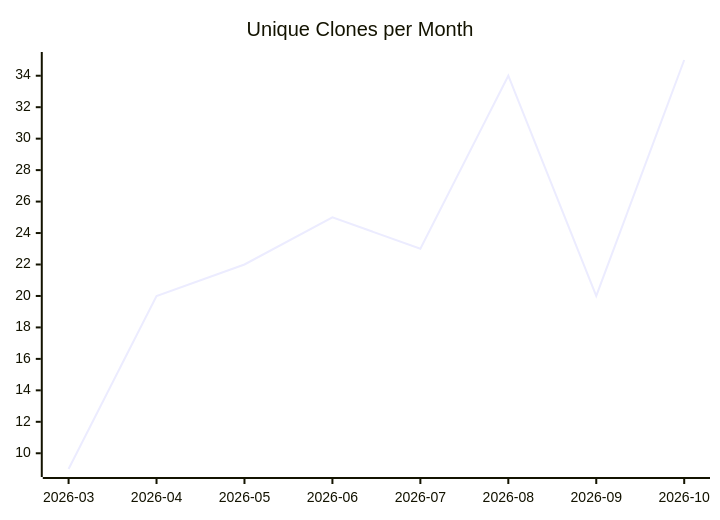
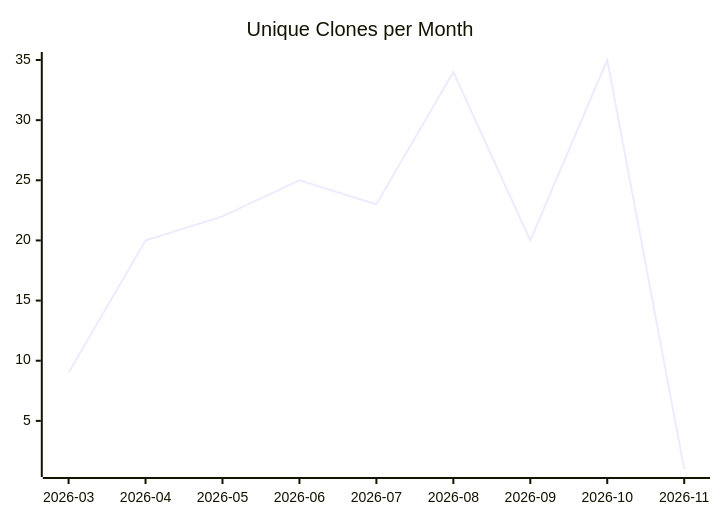
The third of 3 diagrams in karlmdavis/kxml2/README.md (justdavis-family/github-analytics-data), drawn with Mermaid before and after one commit. The commit also changed other lines of this file and 201 other files, not shown here.

````diff
--- a/karlmdavis/kxml2/README.md
+++ b/karlmdavis/kxml2/README.md
@@ -19,6 +19,6 @@
 ```mermaid
 xychart-beta
   title "Unique Clones per Month"
-  x-axis ["2026-03", "2026-04", "2026-05", "2026-06", "2026-07", "2026-08", "2026-09", "2026-10"]
-  line [9, 20, 22, 25, 23, 34, 20, 35]
+  x-axis ["2026-03", "2026-04", "2026-05", "2026-06", "2026-07", "2026-08", "2026-09", "2026-10", "2026-11"]
+  line [9, 20, 22, 25, 23, 34, 20, 35, 1]
 ```
````
